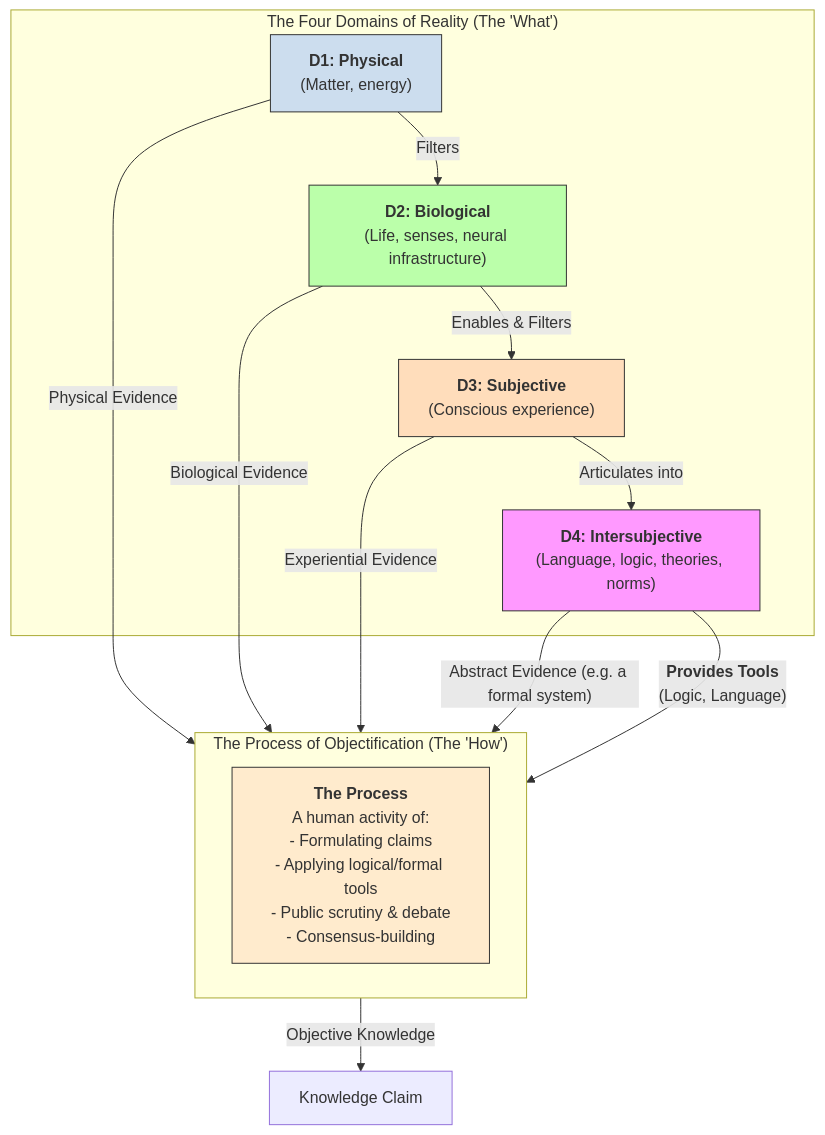
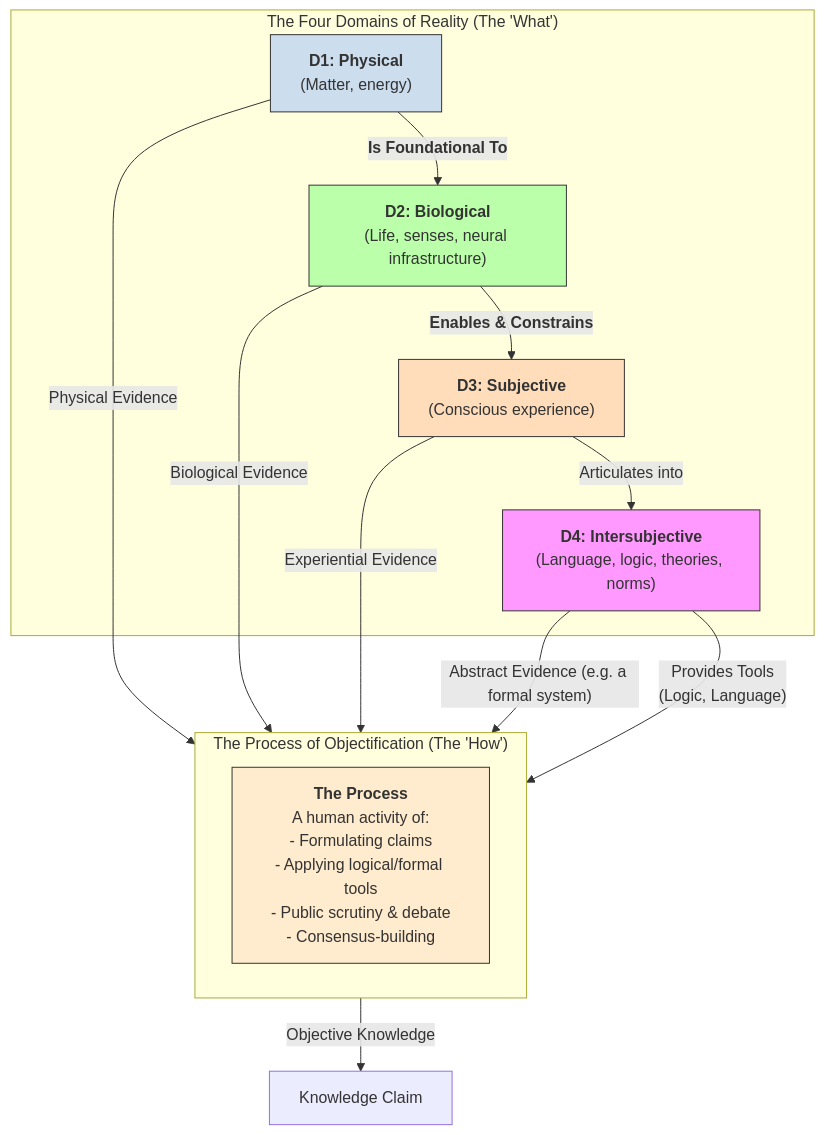
One commit to AdamQJSmith/Reality-in-Layers changed the diagram in First Draft/Introduction.md. Above: the diagram before and after it, drawn with Mermaid. The commit also changed other lines of this file, not shown here.

````diff
--- a/First Draft/Introduction.md
+++ b/First Draft/Introduction.md
@@ -18,32 +18,32 @@
 ```mermaid
 graph TD;
     subgraph "The Four Domains of Reality (The 'What')"
         D1["<b>D1: Physical</b><br/>(Matter, energy)"]
         D2["<b>D2: Biological</b><br/>(Life, senses, neural infrastructure)"]
         D3["<b>D3: Subjective</b><br/>(Conscious experience)"]
         D4["<b>D4: Intersubjective</b><br/>(Language, logic, theories, norms)"]
     end
 
     subgraph "The Process of Objectification (The 'How')"
         direction LR
         P["<b>The Process</b><br/>A human activity of:<br/>- Formulating claims<br/>- Applying logical/formal tools<br/>- Public scrutiny & debate<br/>- Consensus-building"]
     end
 
-    D1 -- "Filters" --> D2
-    D2 -- "Enables & Filters" --> D3
+    D1 -- "<b>Is Foundational To</b>" --> D2
+    D2 -- "<b>Enables & Constrains</b>" --> D3
     D3 -- "Articulates into" --> D4
     
     D1 -- "Physical Evidence" --> P
     D2 -- "Biological Evidence" --> P
     D3 -- "Experiential Evidence" --> P
     D4 -- "Abstract Evidence (e.g. a formal system)" --> P
-    D4 -- "<b>Provides Tools</b><br/>(Logic, Language)" --> P
+    D4 -- "Provides Tools<br/>(Logic, Language)" --> P
     
     P --> |"Objective Knowledge"| K[Knowledge Claim]
     
     style D1 fill:#cde,stroke:#333
     style D2 fill:#bfa,stroke:#333
     style D3 fill:#fdb,stroke:#333
     style D4 fill:#f9f,stroke:#333
     style P fill:#FFEBCD,stroke:#333
 ```
````
